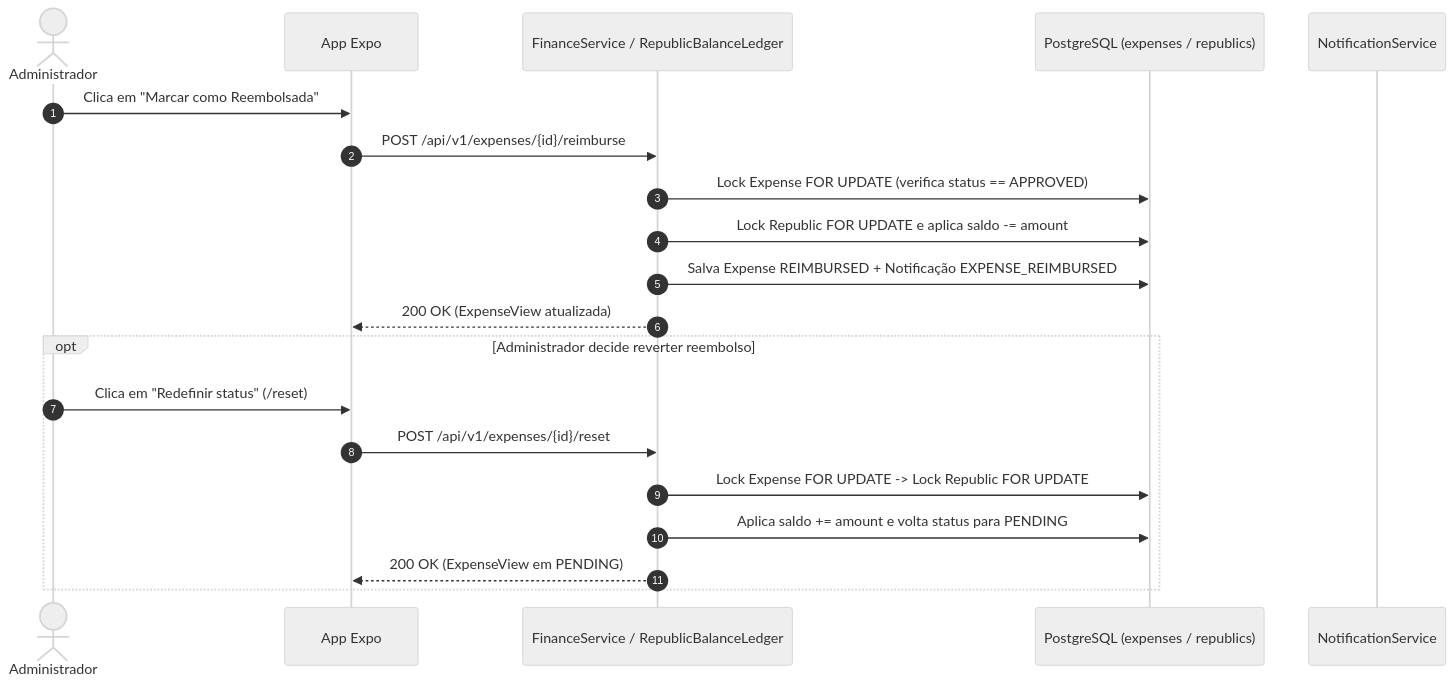
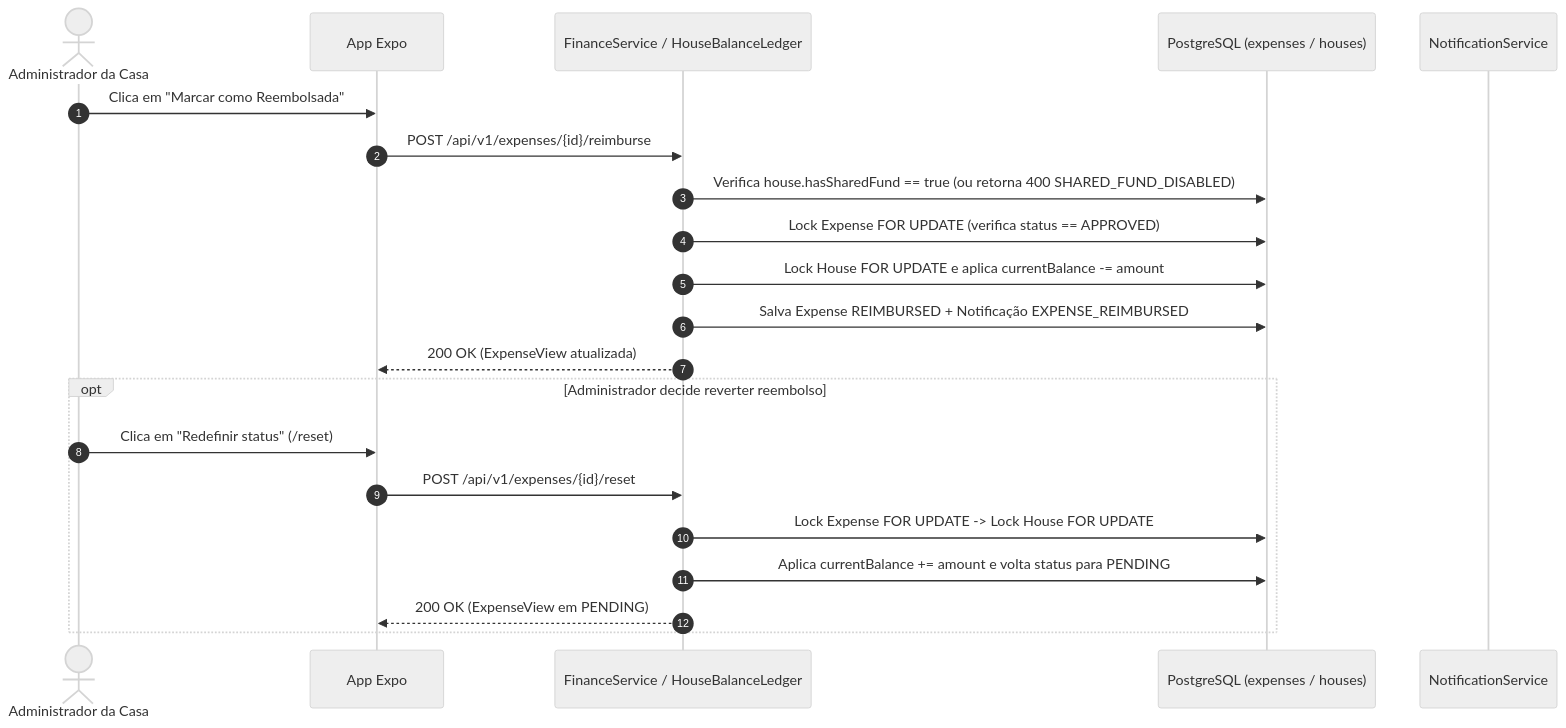
One commit to leosaponisouza/rep-helper changed the sixth of 8 diagrams in docs/arquitetura-e-modelagem/diagramas-de-estados-e-sequencia.md. Above: the diagram before and after it, drawn with Mermaid (neutral theme). The commit also changed other lines of this file and 11 other files, not shown here.

Commit message:
docs: rewrite architecture, data model, API spec, and product docs for Alpendre

````diff
--- a/docs/arquitetura-e-modelagem/diagramas-de-estados-e-sequencia.md
+++ b/docs/arquitetura-e-modelagem/diagramas-de-estados-e-sequencia.md
@@ -101,24 +122,25 @@
 ```mermaid
 sequenceDiagram
     autonumber
-    actor Admin as Administrador
+    actor Admin as Administrador da Casa
     participant App as App Expo
-    participant FinSvc as FinanceService / RepublicBalanceLedger
-    participant DB as PostgreSQL (expenses / republics)
+    participant FinSvc as FinanceService / HouseBalanceLedger
+    participant DB as PostgreSQL (expenses / houses)
     participant Notif as NotificationService
 
     Admin->>App: Clica em "Marcar como Reembolsada"
     App->>FinSvc: POST /api/v1/expenses/{id}/reimburse
+    FinSvc->>DB: Verifica house.hasSharedFund == true (ou retorna 400 SHARED_FUND_DISABLED)
     FinSvc->>DB: Lock Expense FOR UPDATE (verifica status == APPROVED)
-    FinSvc->>DB: Lock Republic FOR UPDATE e aplica saldo -= amount
+    FinSvc->>DB: Lock House FOR UPDATE e aplica currentBalance -= amount
     FinSvc->>DB: Salva Expense REIMBURSED + Notificação EXPENSE_REIMBURSED
     FinSvc-->>App: 200 OK (ExpenseView atualizada)
 
     opt Administrador decide reverter reembolso
         Admin->>App: Clica em "Redefinir status" (/reset)
         App->>FinSvc: POST /api/v1/expenses/{id}/reset
-        FinSvc->>DB: Lock Expense FOR UPDATE -> Lock Republic FOR UPDATE
-        FinSvc->>DB: Aplica saldo += amount e volta status para PENDING
+        FinSvc->>DB: Lock Expense FOR UPDATE -> Lock House FOR UPDATE
+        FinSvc->>DB: Aplica currentBalance += amount e volta status para PENDING
         FinSvc-->>App: 200 OK (ExpenseView em PENDING)
     end
 ```
````
